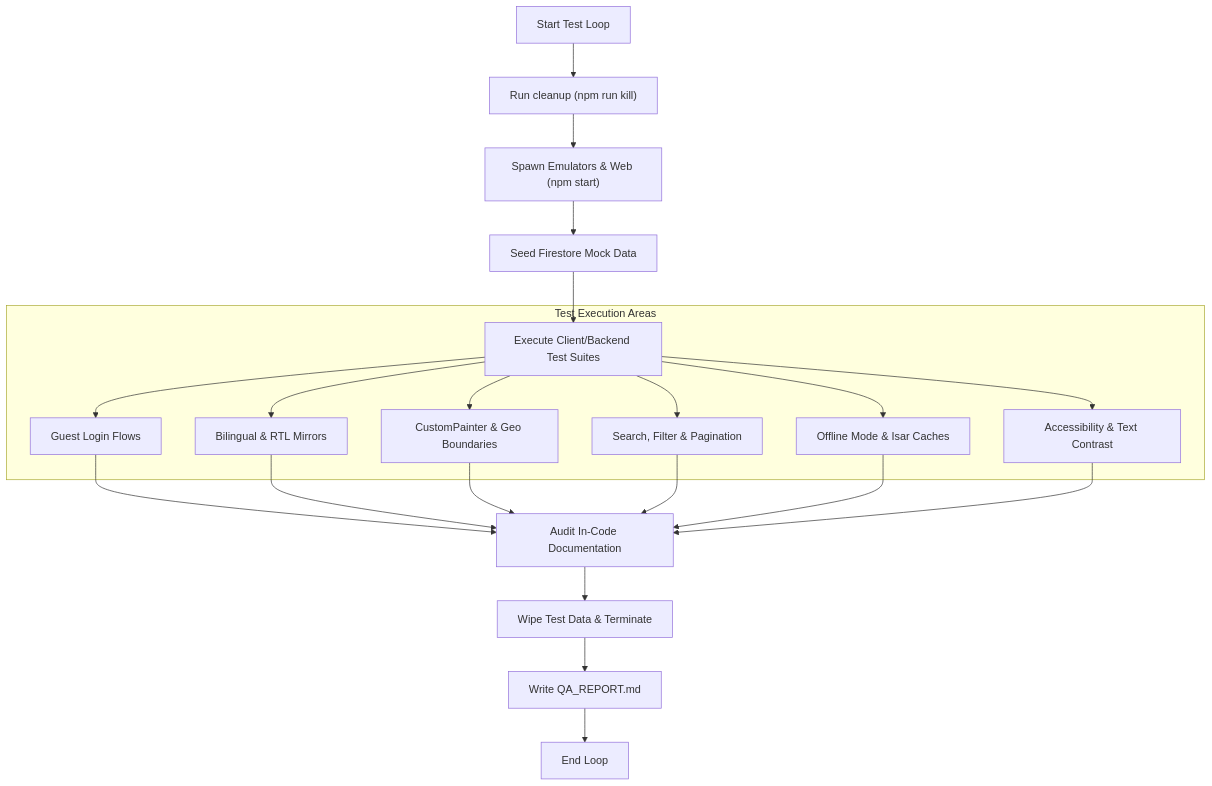
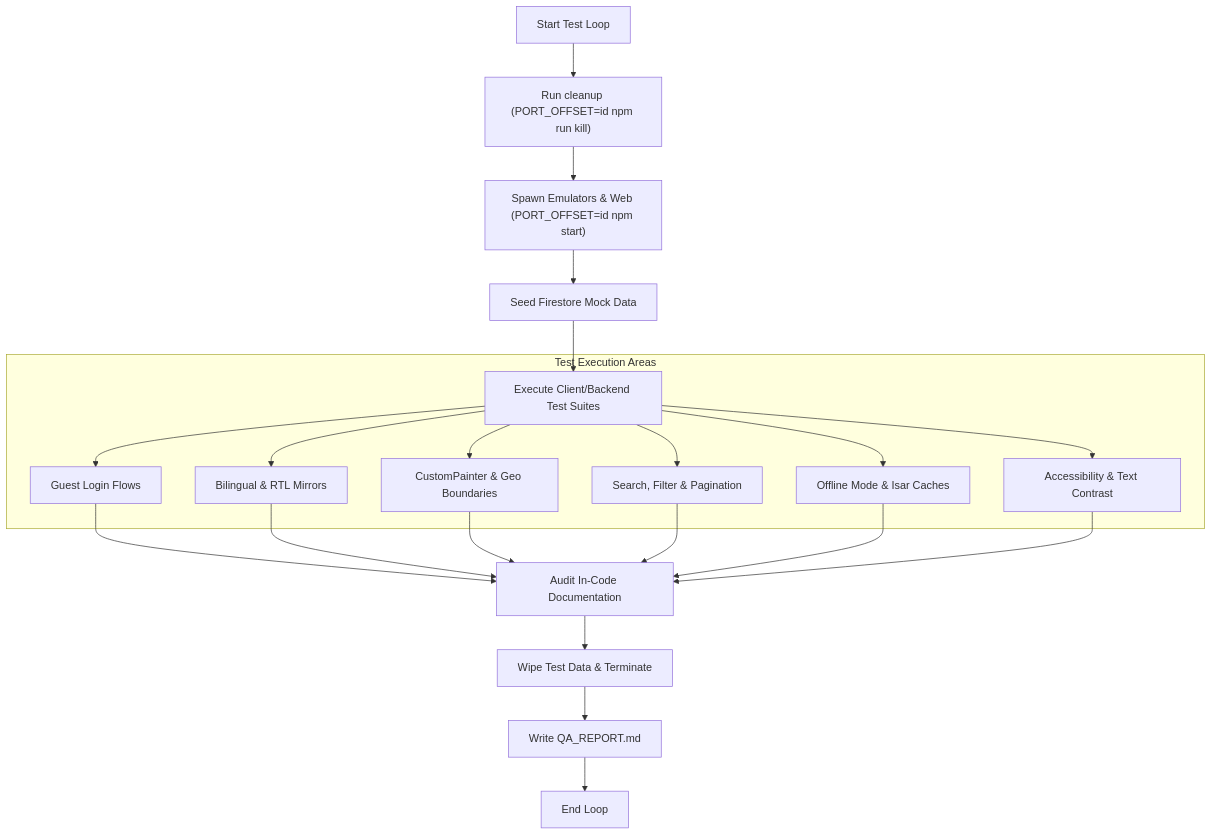
The first of 2 diagrams in .agents/skills/qa/SKILL.md (assafbz/PlainSightIL), drawn with Mermaid before and after one commit. The commit also changed other lines of this file and 12 other files, not shown here.

Commit message:
feat: enforce and automate PORT_OFFSET usage across agents and git hooks

````diff
--- a/.agents/skills/qa/SKILL.md
+++ b/.agents/skills/qa/SKILL.md
@@ -20,27 +20,27 @@
 ```mermaid
 graph TD
-    Start[Start Test Loop] --> Kill["Run cleanup (npm run kill)"]
-    Kill --> Spawn["Spawn Emulators & Web (npm start)"]
+    Start[Start Test Loop] --> Kill["Run cleanup (PORT_OFFSET=id npm run kill)"]
+    Kill --> Spawn["Spawn Emulators & Web (PORT_OFFSET=id npm start)"]
     Spawn --> Seed[Seed Firestore Mock Data]
     Seed --> RunTests[Execute Client/Backend Test Suites]
     
     subgraph Test Execution Areas
         RunTests --> Guest[Guest Login Flows]
         RunTests --> RTL[Bilingual & RTL Mirrors]
         RunTests --> CustomPaint[CustomPainter & Geo Boundaries]
         RunTests --> Search[Search, Filter & Pagination]
         RunTests --> Offline[Offline Mode & Isar Caches]
         RunTests --> A11y[Accessibility & Text Contrast]
     end
     
     Guest --> AuditDocs[Audit In-Code Documentation]
     RTL --> AuditDocs
     CustomPaint --> AuditDocs
     Search --> AuditDocs
     Offline --> AuditDocs
     A11y --> AuditDocs
     
     AuditDocs --> TearDown[Wipe Test Data & Terminate]
     TearDown --> Report["Write QA_REPORT.md"]
     Report --> End[End Loop]
 ```
````
